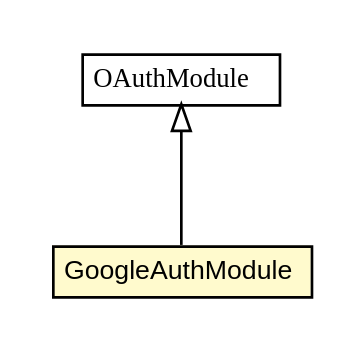
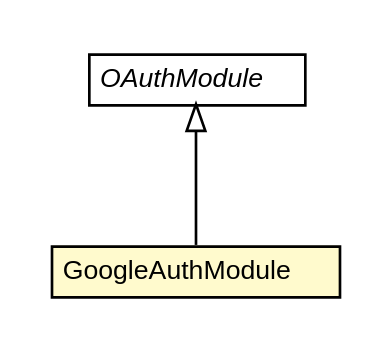
The diagram in apidocs/net/trajano/auth/GoogleAuthModule.dot (trajano/server-auth-modules), drawn with Graphviz before and after one commit. The commit also changed 177 other files, not shown here.

```diff
--- a/apidocs/net/trajano/auth/GoogleAuthModule.dot
+++ b/apidocs/net/trajano/auth/GoogleAuthModule.dot
@@ -1,26 +1,26 @@
 #!/usr/local/bin/dot
 #
 # Class diagram 
 # Generated by UMLGraph version R5_6-24-gf6e263 (http://www.umlgraph.org/)
 #
 
 digraph G {
-	edge [fontname="arial",fontsize=10,labelfontname="arial",labelfontsize=10];
-	node [fontname="arial",fontsize=10,shape=plaintext];
+	edge [fontname="Helvetica",fontsize=10,labelfontname="Helvetica",labelfontsize=10];
+	node [fontname="Helvetica",fontsize=10,shape=plaintext];
 	nodesep=0.25;
 	ranksep=0.5;
 	// net.trajano.auth.OAuthModule
 	c42 [label=<<table title="net.trajano.auth.OAuthModule" border="0" cellborder="1" cellspacing="0" cellpadding="2" port="p" href="./OAuthModule.html">
 		<tr><td><table border="0" cellspacing="0" cellpadding="1">
-<tr><td align="center" balign="center"><font face="arial italic"> OAuthModule </font></td></tr>
+<tr><td align="center" balign="center"><font face="Helvetica-Oblique"> OAuthModule </font></td></tr>
 		</table></td></tr>
-		</table>>, URL="./OAuthModule.html", fontname="arial", fontcolor="black", fontsize=10.0];
+		</table>>, URL="./OAuthModule.html", fontname="Helvetica", fontcolor="black", fontsize=10.0];
 	// net.trajano.auth.GoogleAuthModule
 	c44 [label=<<table title="net.trajano.auth.GoogleAuthModule" border="0" cellborder="1" cellspacing="0" cellpadding="2" port="p" bgcolor="lemonChiffon" href="./GoogleAuthModule.html">
 		<tr><td><table border="0" cellspacing="0" cellpadding="1">
 <tr><td align="center" balign="center"> GoogleAuthModule </td></tr>
 		</table></td></tr>
-		</table>>, URL="./GoogleAuthModule.html", fontname="arial", fontcolor="black", fontsize=10.0];
+		</table>>, URL="./GoogleAuthModule.html", fontname="Helvetica", fontcolor="black", fontsize=10.0];
 	//net.trajano.auth.GoogleAuthModule extends net.trajano.auth.OAuthModule
 	c42:p -> c44:p [dir=back,arrowtail=empty];
 }
```
